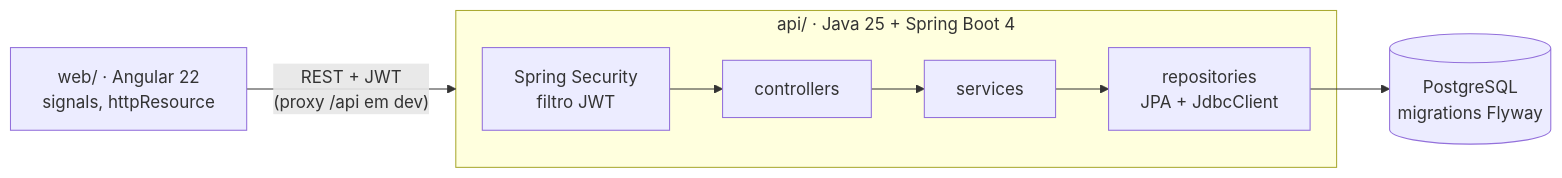
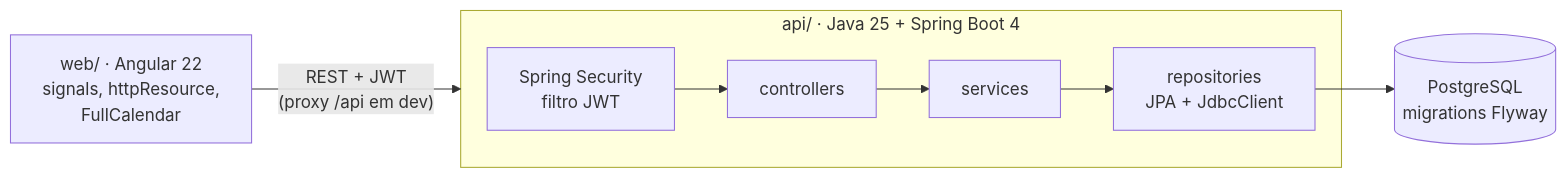
Before and after one commit to Guilhermedantass/notelogic: the diagram in README.md, drawn with Mermaid. The commit also changed other lines of this file and 9 other files, not shown here.

````diff
--- a/README.md
+++ b/README.md
@@ -42,9 +57,9 @@
 ```mermaid
 flowchart LR
-    W["web/ · Angular 22<br/>signals, httpResource"] -- "REST + JWT<br/>(proxy /api em dev)" --> A
+    W["web/ · Angular 22<br/>signals, httpResource,<br/>FullCalendar"] -- "REST + JWT<br/>(proxy /api em dev)" --> A
     subgraph A["api/ · Java 25 + Spring Boot 4"]
         SEC["Spring Security<br/>filtro JWT"] --> C[controllers]
         C --> SV[services] --> R["repositories<br/>JPA + JdbcClient"]
     end
     R --> DB[("PostgreSQL<br/>migrations Flyway")]
 ```
````
